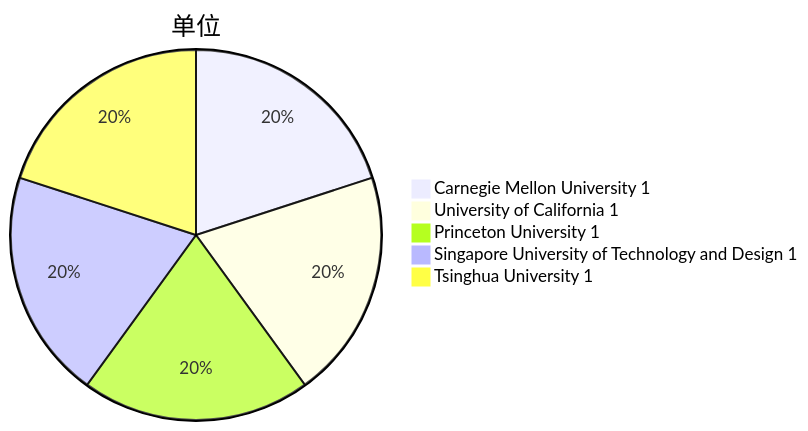
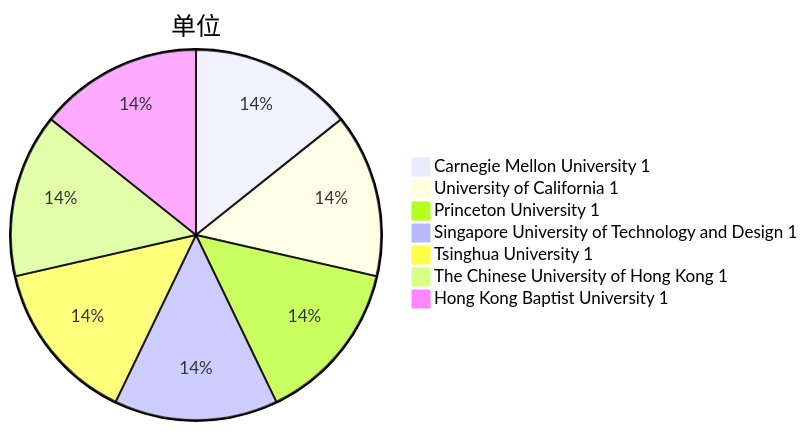
One commit to Elephant-King9/Paper changed the third of 5 diagrams in Attack/Jailbreak/analyse.md. Above: the diagram before and after it, drawn with Mermaid. The commit also changed other lines of this file and 3 other files, not shown here.

````diff
--- a/Attack/Jailbreak/analyse.md
+++ b/Attack/Jailbreak/analyse.md
@@ -31,8 +36,10 @@
 ```mermaid
 pie title 单位
     "Carnegie Mellon University 1" : 1
     "University of California 1" : 1
     "Princeton University 1" : 1
     "Singapore University of Technology and Design 1 " : 1
     "Tsinghua University 1" : 1
+    "The Chinese University of Hong Kong 1" : 1
+    "Hong Kong Baptist University 1" : 1
 ```
````
